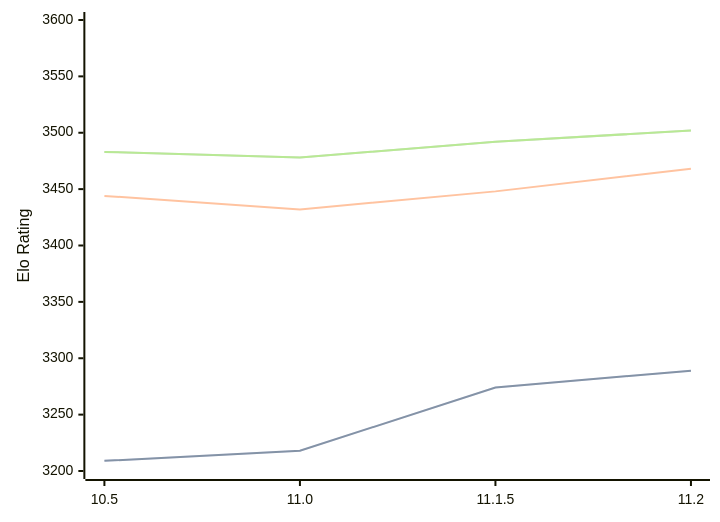
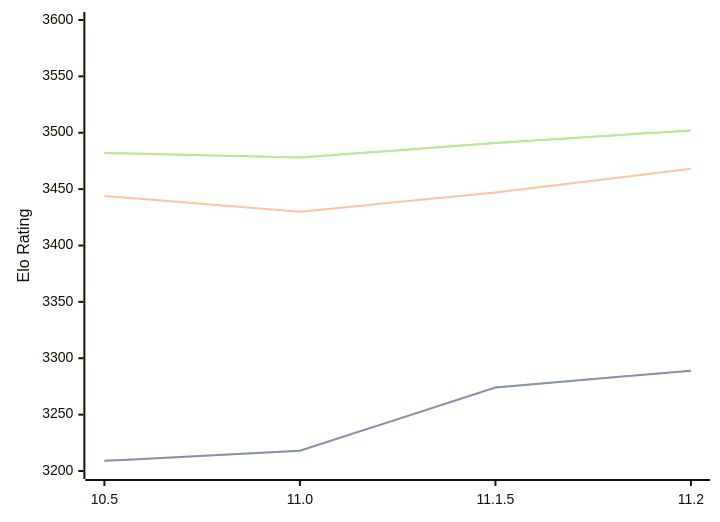
The first of 3 diagrams in engines/Lizard.md (computer-chess-index/cci), drawn with Mermaid before and after one commit. The commit also changed other lines of this file, not shown here.

Commit message:
Update CCI Ratings (ELO VLTC) - 2026-06-27

````diff
--- a/engines/Lizard.md
+++ b/engines/Lizard.md
@@ -46,11 +46,11 @@
 ```mermaid
 %%{init: {"theme":"base","themeVariables":{"seriesColors:['#a3a3a3','#222221','#faa371']}}}%%
 xychart-beta
   x-axis ["10.5", "11.0", "11.1.5", "11.2"]
   y-axis "Elo Rating" 3200 --> 3600
   line "STC (8.0+0.08s)" [3209, 3218, 3274, 3289]
   line "STC (8.0+0.08s)" [3209, 3218, 3274, 3289]
-  line "LTC (60.0+0.60s)" [3444, 3432, 3448, 3468]
-  line "VLTC (2m24s+1.12s)" [3483, 3478, 3492, 3502]
-  line "VLTC (2m24s+1.12s)" [3483, 3478, 3492, 3502]
+  line "LTC (60.0+0.60s)" [3444, 3430, 3447, 3468]
+  line "VLTC (2m24s+1.12s)" [3482, 3478, 3491, 3502]
+  line "VLTC (2m24s+1.12s)" [3482, 3478, 3491, 3502]
 ```
````
